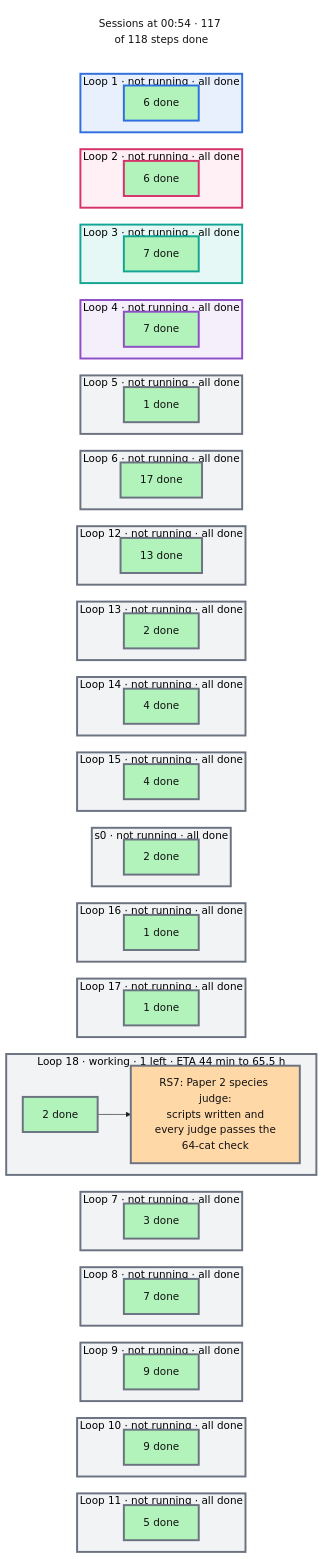
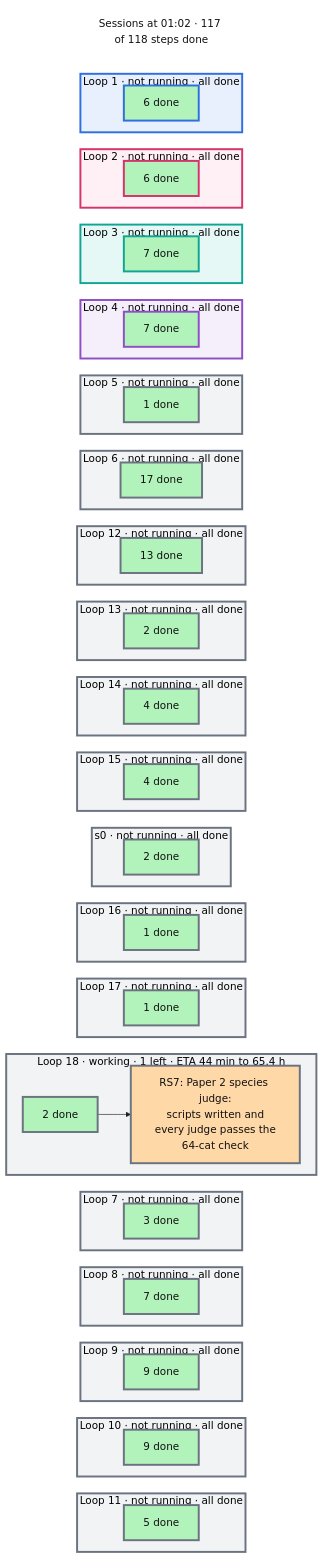
One commit to mo-rsa24/concept-composition changed the diagram in artifacts/notes/progress/sessions.mmd. Above: the diagram before and after it, drawn with Mermaid. The commit also changed 9 other files, not shown here.

```diff
--- a/artifacts/notes/progress/sessions.mmd
+++ b/artifacts/notes/progress/sessions.mmd
@@ -1,124 +1,124 @@
 %%{init: {'theme': 'base', 'themeVariables': {'fontFamily': 'monospace', 'primaryColor': '#ffffff', 'primaryBorderColor': '#222222', 'primaryTextColor': '#111111', 'lineColor': '#222222'}, 'flowchart': {'nodeSpacing': 16, 'rankSpacing': 26}}}%%
 flowchart TB
   classDef done fill:#b2f2bb,color:#111111
   classDef doing fill:#ffd8a8,color:#111111
   classDef todo fill:#e9ecef,color:#111111
   classDef note fill:#ffffff,stroke:#c92a2a,stroke-dasharray:5 5,color:#c92a2a
-  now["Sessions at 00:54 · 117 of 118 steps done"]
+  now["Sessions at 01:02 · 117 of 118 steps done"]
   style now fill:#ffffff,stroke:#ffffff,color:#111111
   subgraph L0["Loop 1 · not running · all done"]
     direction LR
     d0["6 done"]:::done
   end
   subgraph L1["Loop 2 · not running · all done"]
     direction LR
     d1["6 done"]:::done
   end
   subgraph L2["Loop 3 · not running · all done"]
     direction LR
     d2["7 done"]:::done
   end
   subgraph L3["Loop 4 · not running · all done"]
     direction LR
     d3["7 done"]:::done
   end
   subgraph L4["Loop 5 · not running · all done"]
     direction LR
     d4["1 done"]:::done
   end
   subgraph L5["Loop 6 · not running · all done"]
     direction LR
     d5["17 done"]:::done
   end
   subgraph L6["Loop 12 · not running · all done"]
     direction LR
     d6["13 done"]:::done
   end
   subgraph L7["Loop 13 · not running · all done"]
     direction LR
     d7["2 done"]:::done
   end
   subgraph L8["Loop 14 · not running · all done"]
     direction LR
     d8["4 done"]:::done
   end
   subgraph L9["Loop 15 · not running · all done"]
     direction LR
     d9["4 done"]:::done
   end
   subgraph L10["s0 · not running · all done"]
     direction LR
     d10["2 done"]:::done
   end
   subgraph L11["Loop 16 · not running · all done"]
     direction LR
     d11["1 done"]:::done
   end
   subgraph L12["Loop 17 · not running · all done"]
     direction LR
     d12["1 done"]:::done
   end
-  subgraph L13["Loop 18 · working · 1 left · ETA 44 min to 65.5 h"]
+  subgraph L13["Loop 18 · working · 1 left · ETA 44 min to 65.4 h"]
     direction LR
     d13["2 done"]:::done --> n_RS7["RS7: Paper 2 species judge:<br/>scripts written and<br/>every judge passes the<br/>64-cat check"]:::doing
   end
   subgraph L14["Loop 7 · not running · all done"]
     direction LR
     d14["3 done"]:::done
   end
   subgraph L15["Loop 8 · not running · all done"]
     direction LR
     d15["7 done"]:::done
   end
   subgraph L16["Loop 9 · not running · all done"]
     direction LR
     d16["9 done"]:::done
   end
   subgraph L17["Loop 10 · not running · all done"]
     direction LR
     d17["9 done"]:::done
   end
   subgraph L18["Loop 11 · not running · all done"]
     direction LR
     d18["5 done"]:::done
   end
   now ~~~ L0 ~~~ L1 ~~~ L2 ~~~ L3 ~~~ L4 ~~~ L5 ~~~ L6 ~~~ L7 ~~~ L8 ~~~ L9 ~~~ L10 ~~~ L11 ~~~ L12 ~~~ L13 ~~~ L14 ~~~ L15 ~~~ L16 ~~~ L17 ~~~ L18
   style L0 fill:#e8f0fd,stroke:#2f6fde,stroke-width:3px
   style d0 stroke:#2f6fde,stroke-width:3px
   style L1 fill:#fff0f6,stroke:#d6336c,stroke-width:3px
   style d1 stroke:#d6336c,stroke-width:3px
   style L2 fill:#e6f8f5,stroke:#12a594,stroke-width:3px
   style d2 stroke:#12a594,stroke-width:3px
   style L3 fill:#f5effb,stroke:#8e4ec6,stroke-width:3px
   style d3 stroke:#8e4ec6,stroke-width:3px
   style L4 fill:#f1f3f5,stroke:#6b7280,stroke-width:3px
   style d4 stroke:#6b7280,stroke-width:3px
   style L5 fill:#f1f3f5,stroke:#6b7280,stroke-width:3px
   style d5 stroke:#6b7280,stroke-width:3px
   style L6 fill:#f1f3f5,stroke:#6b7280,stroke-width:3px
   style d6 stroke:#6b7280,stroke-width:3px
   style L7 fill:#f1f3f5,stroke:#6b7280,stroke-width:3px
   style d7 stroke:#6b7280,stroke-width:3px
   style L8 fill:#f1f3f5,stroke:#6b7280,stroke-width:3px
   style d8 stroke:#6b7280,stroke-width:3px
   style L9 fill:#f1f3f5,stroke:#6b7280,stroke-width:3px
   style d9 stroke:#6b7280,stroke-width:3px
   style L10 fill:#f1f3f5,stroke:#6b7280,stroke-width:3px
   style d10 stroke:#6b7280,stroke-width:3px
   style L11 fill:#f1f3f5,stroke:#6b7280,stroke-width:3px
   style d11 stroke:#6b7280,stroke-width:3px
   style L12 fill:#f1f3f5,stroke:#6b7280,stroke-width:3px
   style d12 stroke:#6b7280,stroke-width:3px
   style L13 fill:#f1f3f5,stroke:#6b7280,stroke-width:3px
   style d13 stroke:#6b7280,stroke-width:3px
   style n_RS7 stroke:#6b7280,stroke-width:3px
   style L14 fill:#f1f3f5,stroke:#6b7280,stroke-width:3px
   style d14 stroke:#6b7280,stroke-width:3px
   style L15 fill:#f1f3f5,stroke:#6b7280,stroke-width:3px
   style d15 stroke:#6b7280,stroke-width:3px
   style L16 fill:#f1f3f5,stroke:#6b7280,stroke-width:3px
   style d16 stroke:#6b7280,stroke-width:3px
   style L17 fill:#f1f3f5,stroke:#6b7280,stroke-width:3px
   style d17 stroke:#6b7280,stroke-width:3px
   style L18 fill:#f1f3f5,stroke:#6b7280,stroke-width:3px
   style d18 stroke:#6b7280,stroke-width:3px
```
